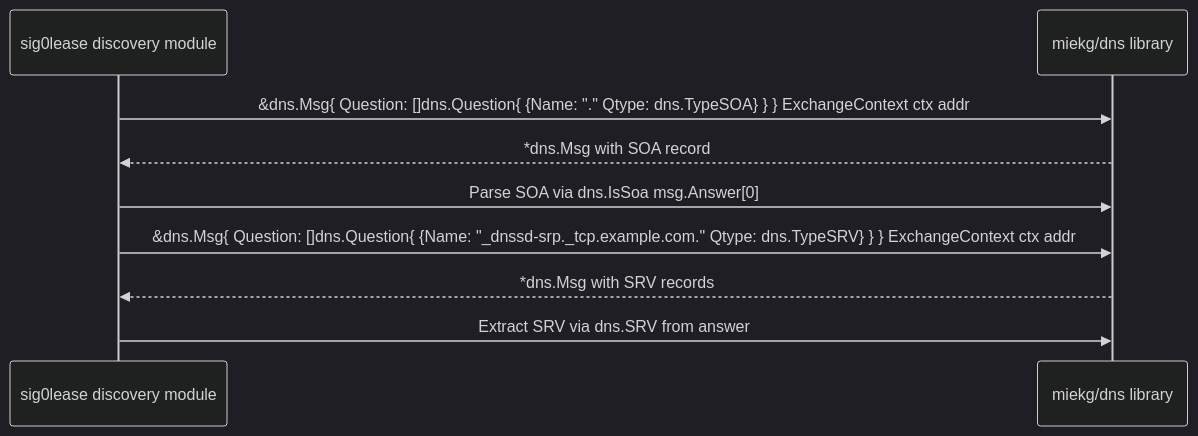
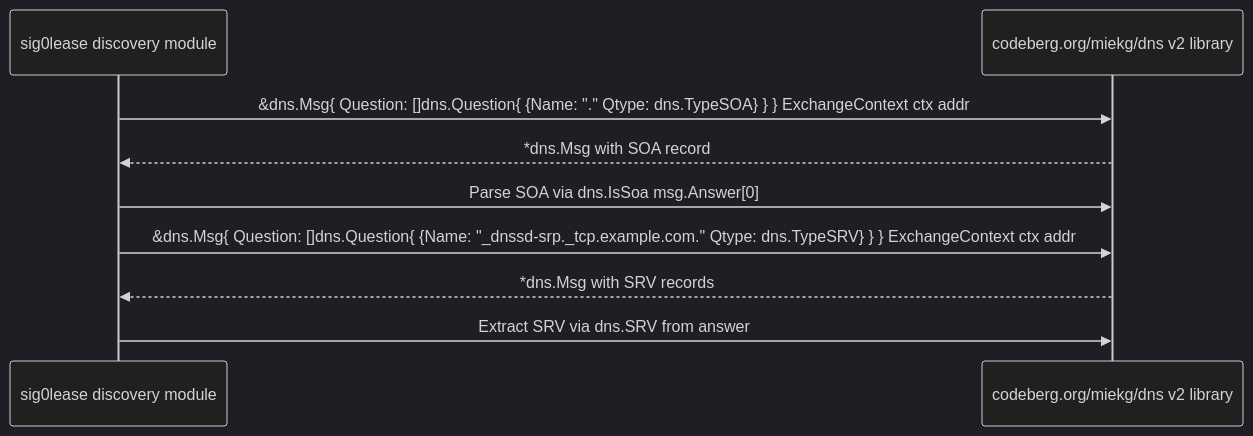
The sixth of 6 diagrams in diagrams/discovery-flow.md (NetworkCommons/sig0lease), drawn with Mermaid (dark theme) before and after one commit. The commit also changed other lines of this file and 8 other files, not shown here.

Commit message:
Trying to address: - quotes miekg dns module v1 on github, should be v2 https://codeberg.org/miekg/dns for forward sustainability - mentions ECDSAP256SHA256 for SIG0 should be ED25519 keypairs for sig0namectl compat.

````diff
--- a/diagrams/discovery-flow.md
+++ b/diagrams/discovery-flow.md
@@ -178,17 +178,17 @@
 ```mermaid
 sequenceDiagram
     participant Client as sig0lease discovery module
-    participant Miekg as miekg/dns library
+    participant Miekg as codeberg.org/miekg/dns v2 library
 
     Client->>Miekg: &dns.Msg{ Question: []dns.Question{ {Name: "." Qtype: dns.TypeSOA} } } ExchangeContext ctx addr
 
     Miekg-->>Client: *dns.Msg with SOA record
 
     Client->>Miekg: Parse SOA via dns.IsSoa msg.Answer[0]
 
     Client->>Miekg: &dns.Msg{ Question: []dns.Question{ {Name: "_dnssd-srp._tcp.example.com." Qtype: dns.TypeSRV} } } ExchangeContext ctx addr
 
     Miekg-->>Client: *dns.Msg with SRV records
 
     Client->>Miekg: Extract SRV via dns.SRV from answer
 ```
````
